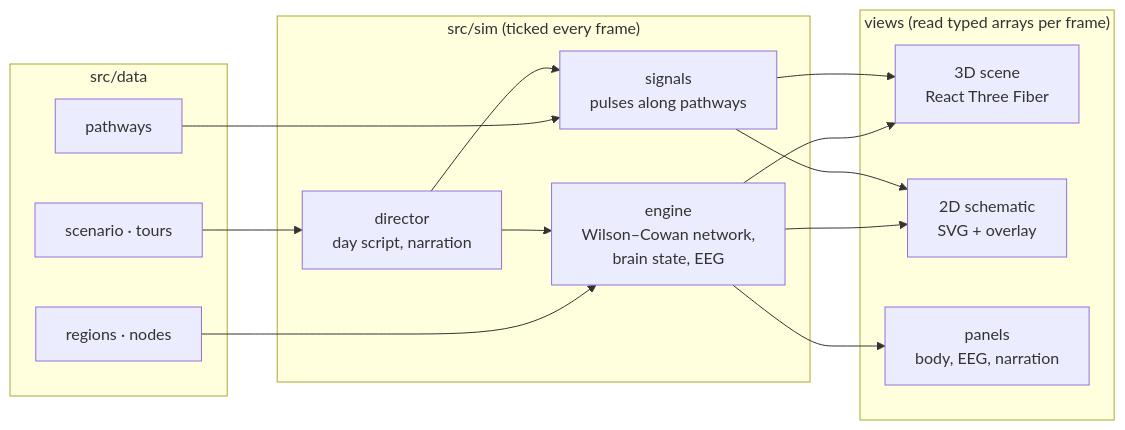
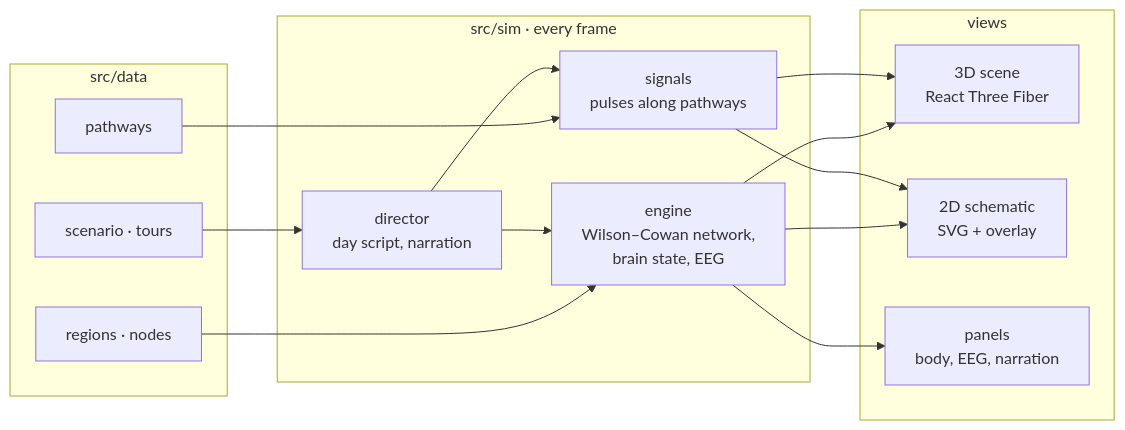
The diagram in README.md (laozhongjie/between-brain-ai), drawn with Mermaid before and after one commit.

Commit message:
Docs: shorten diagram group titles

````diff
--- a/README.md
+++ b/README.md
@@ -131,25 +131,25 @@
 ```mermaid
 flowchart LR
   subgraph data["src/data"]
     regions["regions · nodes"]
     pathways["pathways"]
     scenario["scenario · tours"]
   end
-  subgraph sim["src/sim (ticked every frame)"]
+  subgraph sim["src/sim · every frame"]
     director["director<br>day script, narration"]
     engine["engine<br>Wilson–Cowan network,<br>brain state, EEG"]
     signals["signals<br>pulses along pathways"]
   end
-  subgraph views["views (read typed arrays per frame)"]
+  subgraph views["views"]
     scene["3D scene<br>React Three Fiber"]
     schematic["2D schematic<br>SVG + overlay"]
     panels["panels<br>body, EEG, narration"]
   end
   scenario --> director
   regions --> engine
   pathways --> signals
   director --> engine
   director --> signals
   engine --> scene & schematic & panels
   signals --> scene & schematic
 ```
````
